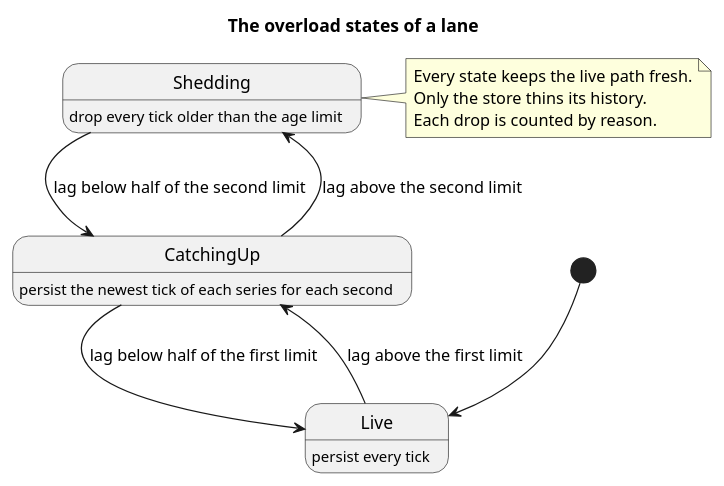
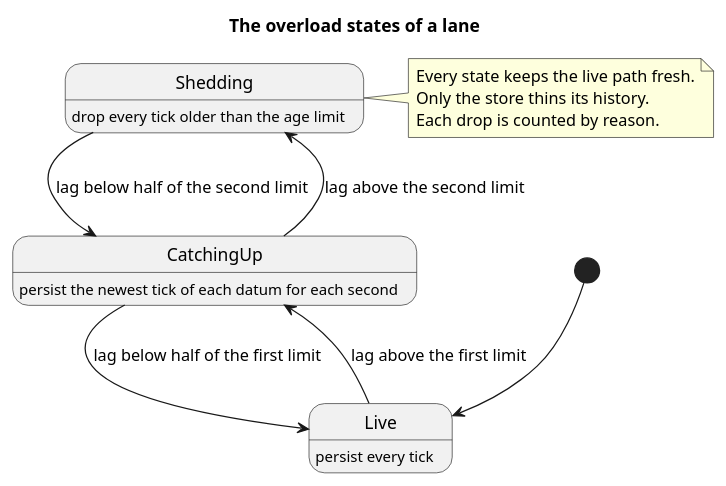
One commit to OreStudio/OreStudio changed the diagram in doc/knowledge/architecture/tick_ingest_overload_states.puml. Above: the diagram before and after it, drawn with PlantUML. The commit also changed 9 other files, not shown here.

```diff
--- a/doc/knowledge/architecture/tick_ingest_overload_states.puml
+++ b/doc/knowledge/architecture/tick_ingest_overload_states.puml
@@ -18,24 +18,24 @@
 @startuml
 
 title The overload states of a lane
 
 hide empty description
 
 [*] --> Live
 
 state Live : persist every tick
-state CatchingUp : persist the newest tick of each series for each second
+state CatchingUp : persist the newest tick of each datum for each second
 state Shedding : drop every tick older than the age limit
 
 Live --> CatchingUp : lag above the first limit
 CatchingUp --> Live : lag below half of the first limit
 CatchingUp --> Shedding : lag above the second limit
 Shedding --> CatchingUp : lag below half of the second limit
 
 note right of Shedding
     Every state keeps the live path fresh.
     Only the store thins its history.
     Each drop is counted by reason.
 end note
 
 @enduml
```
